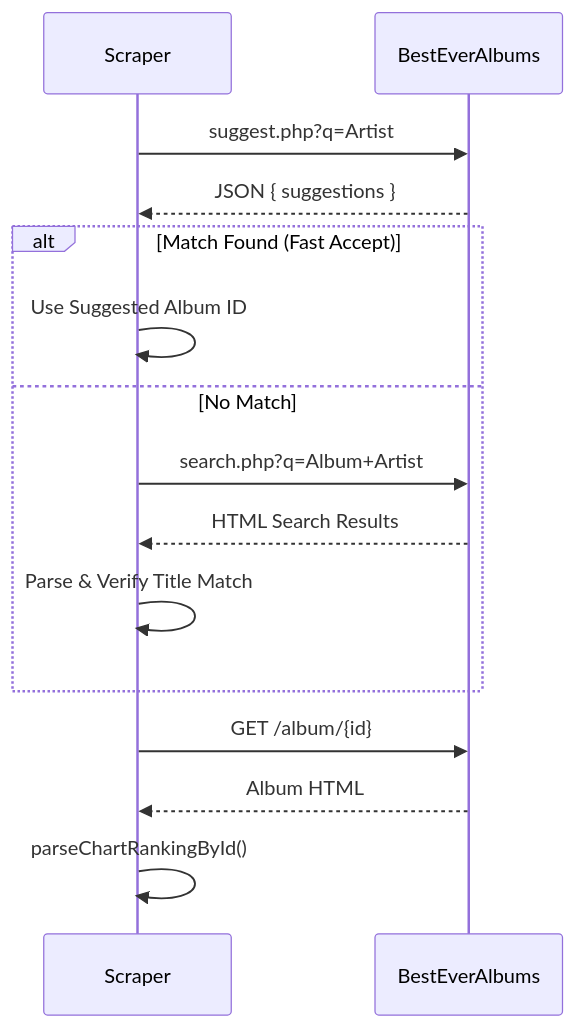
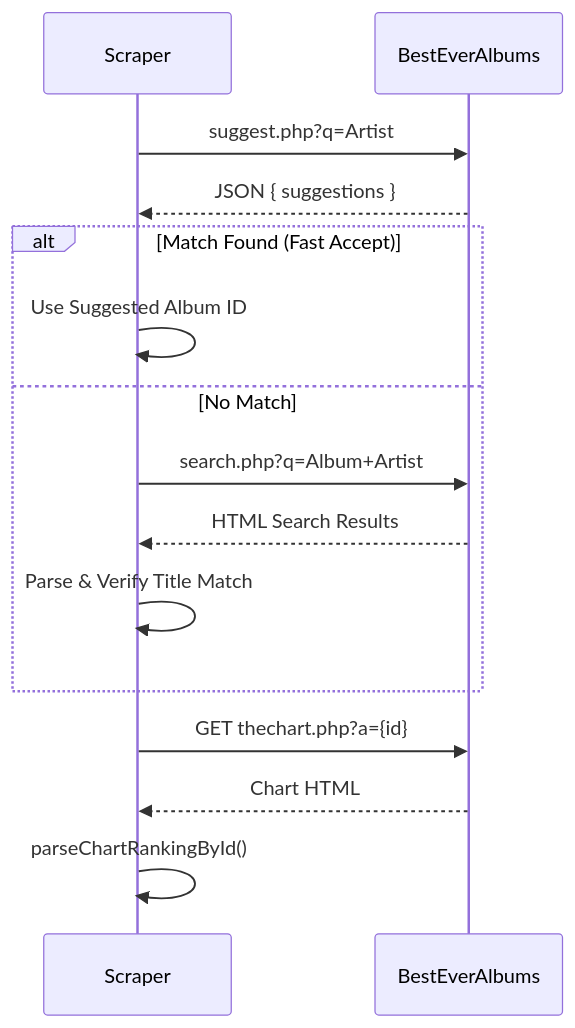
The fourth of 4 diagrams in docs/manual/04_Backend_Logic_Services.md (maujrp99/MJRP_AlbumsBalancedPlaylists_v0), drawn with Mermaid before and after one commit. The commit also changed other lines of this file and 22 other files, not shown here.

````diff
--- a/docs/manual/04_Backend_Logic_Services.md
+++ b/docs/manual/04_Backend_Logic_Services.md
@@ -226,20 +228,20 @@
 ```mermaid
 sequenceDiagram
     participant Scraper
     participant BEA as BestEverAlbums
     
     Scraper->>BEA: suggest.php?q=Artist
     BEA-->>Scraper: JSON { suggestions }
     
     alt Match Found (Fast Accept)
         Scraper->>Scraper: Use Suggested Album ID
     else No Match
         Scraper->>BEA: search.php?q=Album+Artist
         BEA-->>Scraper: HTML Search Results
         Scraper->>Scraper: Parse & Verify Title Match
     end
     
-    Scraper->>BEA: GET /album/{id}
-    BEA-->>Scraper: Album HTML
+    Scraper->>BEA: GET thechart.php?a={id}
+    BEA-->>Scraper: Chart HTML
     Scraper->>Scraper: parseChartRankingById()
 ```
````
